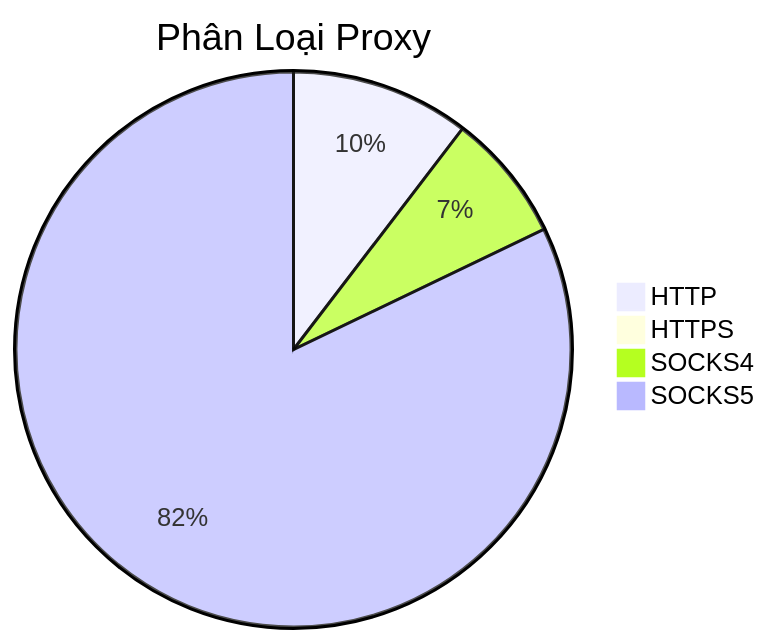
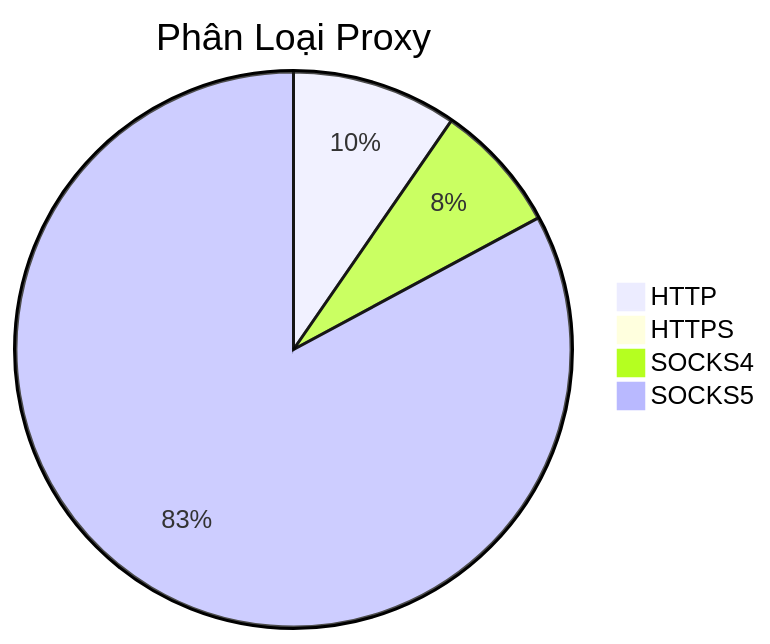
One commit to Ciara-Aa/PROXY-free changed the diagram in README.md. Above: the diagram before and after it, drawn with Mermaid. The commit also changed other lines of this file and 4 other files, not shown here.

````diff
--- a/README.md
+++ b/README.md
@@ -26,7 +26,7 @@
 ```mermaid
 pie title Phân Loại Proxy
-    "HTTP" : 410
-    "HTTPS" : 5
-    "SOCKS4" : 295
-    "SOCKS5" : 3238
+    "HTTP" : 366
+    "HTTPS" : 1
+    "SOCKS4" : 287
+    "SOCKS5" : 3155
 ```
````
